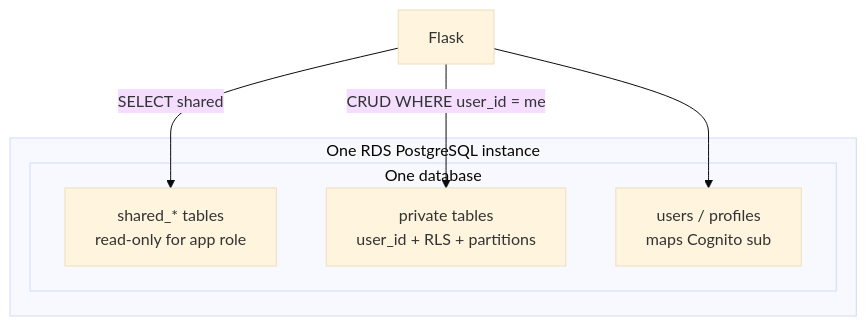
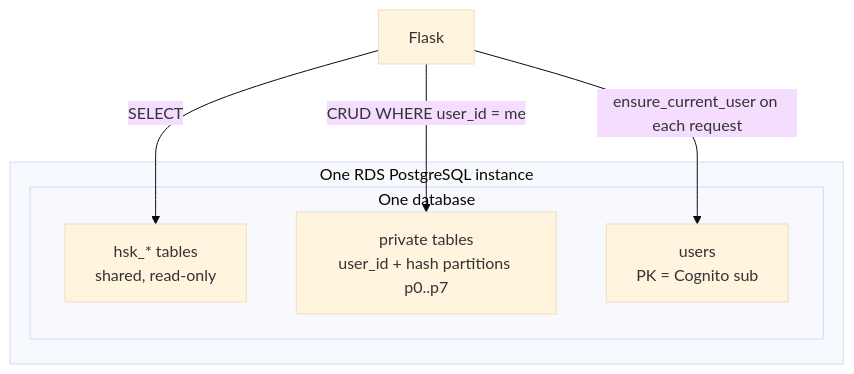
The diagram in docs/data-isolation-archi-decision.md (mazarsju/teacher-wang-app), drawn with Mermaid (base theme) before and after one commit. The commit also changed other lines of this file and 81 other files, not shown here.

````diff
--- a/docs/data-isolation-archi-decision.md
+++ b/docs/data-isolation-archi-decision.md
@@ -54,14 +118,14 @@
 ```mermaid
 flowchart TB
   subgraph RDS["One RDS PostgreSQL instance"]
     subgraph DB["One database"]
-      Shared["shared_* tables<br/>read-only for app role"]
-      Private["private tables<br/>user_id + RLS + partitions"]
-      Profiles["users / profiles<br/>maps Cognito sub"]
+      Shared["hsk_* tables<br/>shared, read-only"]
+      Private["private tables<br/>user_id + hash partitions p0..p7"]
+      Users["users<br/>PK = Cognito sub"]
     end
   end
 
-  App[Flask] -->|SELECT shared| Shared
+  App[Flask] -->|SELECT| Shared
   App -->|CRUD WHERE user_id = me| Private
-  App --> Profiles
+  App -->|ensure_current_user on each request| Users
 ```
````
